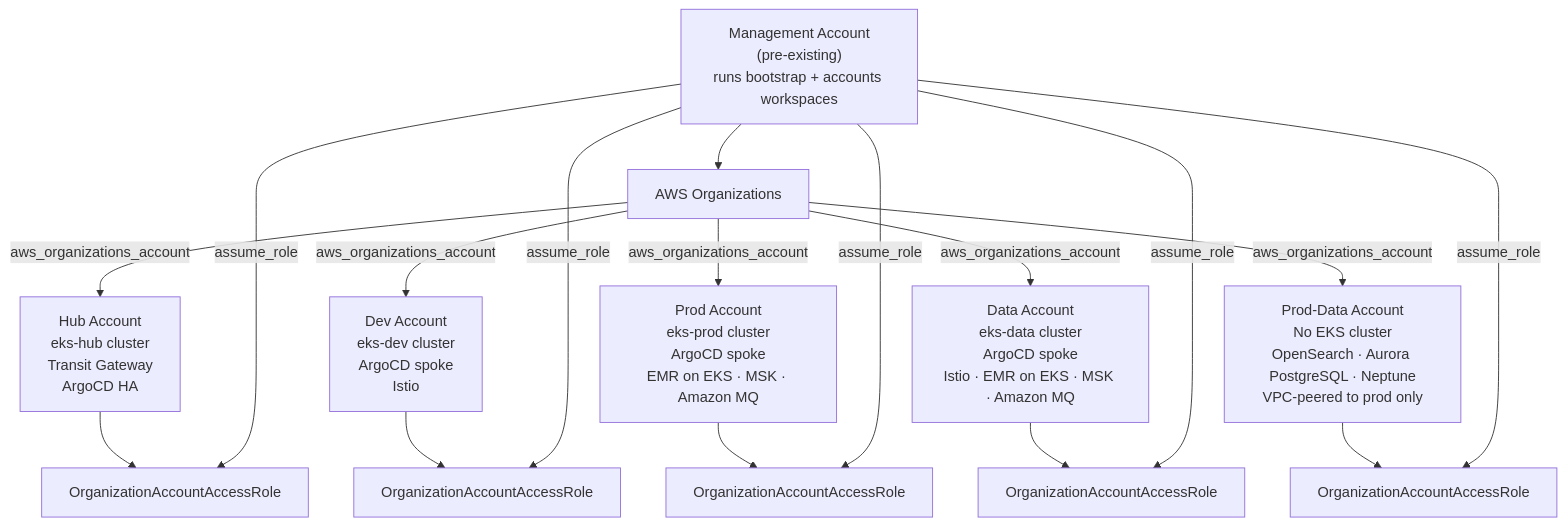
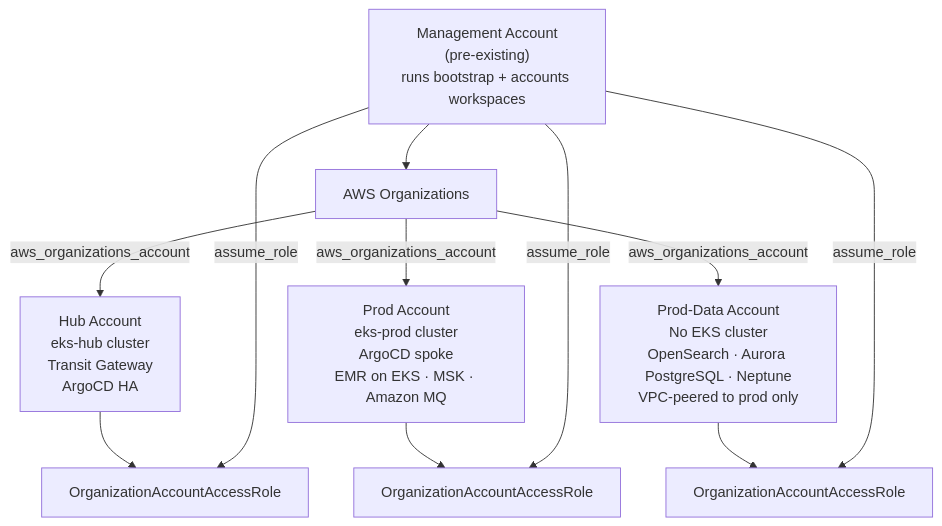
Before and after one commit to paragch/eks-hub-spoke: the first of 13 diagrams in docs/low-level-design.md, drawn with Mermaid. The commit also changed other lines of this file and 40 other files, not shown here.

First line of the commit message:
Remove dev and data accounts; simplify to hub + prod + prod-data

````diff
--- a/docs/low-level-design.md
+++ b/docs/low-level-design.md
@@ -27,37 +27,27 @@
 ```mermaid
 graph TD
   MGMT["Management Account<br/>(pre-existing)<br/>runs bootstrap + accounts workspaces"]
 
   ORG["AWS Organizations"]
 
   HUB["Hub Account<br/>eks-hub cluster<br/>Transit Gateway<br/>ArgoCD HA"]
-  DEV["Dev Account<br/>eks-dev cluster<br/>ArgoCD spoke<br/>Istio"]
   PROD["Prod Account<br/>eks-prod cluster<br/>ArgoCD spoke<br/>EMR on EKS · MSK · Amazon MQ"]
-  DATA["Data Account<br/>eks-data cluster<br/>ArgoCD spoke<br/>Istio · EMR on EKS · MSK · Amazon MQ"]
   PRODDATA["Prod-Data Account<br/>No EKS cluster<br/>OpenSearch · Aurora PostgreSQL · Neptune<br/>VPC-peered to prod only"]
 
   ROLE_HUB["OrganizationAccountAccessRole"]
-  ROLE_DEV["OrganizationAccountAccessRole"]
   ROLE_PROD["OrganizationAccountAccessRole"]
-  ROLE_DATA["OrganizationAccountAccessRole"]
   ROLE_PRODDATA["OrganizationAccountAccessRole"]
 
   MGMT --> ORG
   ORG -->|aws_organizations_account| HUB
-  ORG -->|aws_organizations_account| DEV
   ORG -->|aws_organizations_account| PROD
-  ORG -->|aws_organizations_account| DATA
   ORG -->|aws_organizations_account| PRODDATA
 
   HUB --> ROLE_HUB
-  DEV --> ROLE_DEV
   PROD --> ROLE_PROD
-  DATA --> ROLE_DATA
   PRODDATA --> ROLE_PRODDATA
 
   MGMT -->|assume_role| ROLE_HUB
-  MGMT -->|assume_role| ROLE_DEV
   MGMT -->|assume_role| ROLE_PROD
-  MGMT -->|assume_role| ROLE_DATA
   MGMT -->|assume_role| ROLE_PRODDATA
 ```
````
